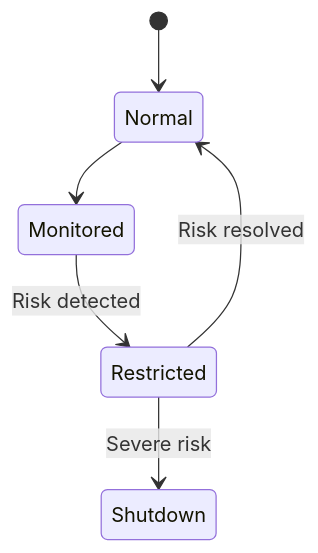
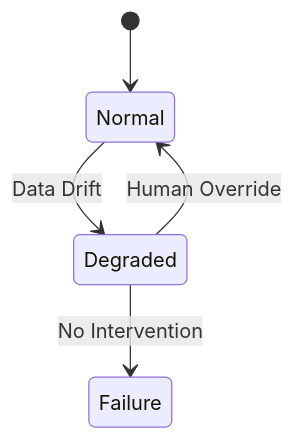
Before and after one commit to m-rizqinovniari/agentic-handbook: the fourth of 4 diagrams in docusaurus/docs/part-3/chapter-11.md, drawn with Mermaid. The commit also changed other lines of this file and 19 other files, not shown here.

````diff
--- a/docusaurus/docs/part-3/chapter-11.md
+++ b/docusaurus/docs/part-3/chapter-11.md
@@ -175,8 +195,7 @@
 ```mermaid
 stateDiagram-v2
     [*] --> Normal
-    Normal --> Monitored
-    Monitored --> Restricted: Risk detected
-    Restricted --> Shutdown: Severe risk
-    Restricted --> Normal: Risk resolved
+    Normal --> Degraded: Data Drift
+    Degraded --> Failure: No Intervention
+    Degraded --> Normal: Human Override
 ```
````
